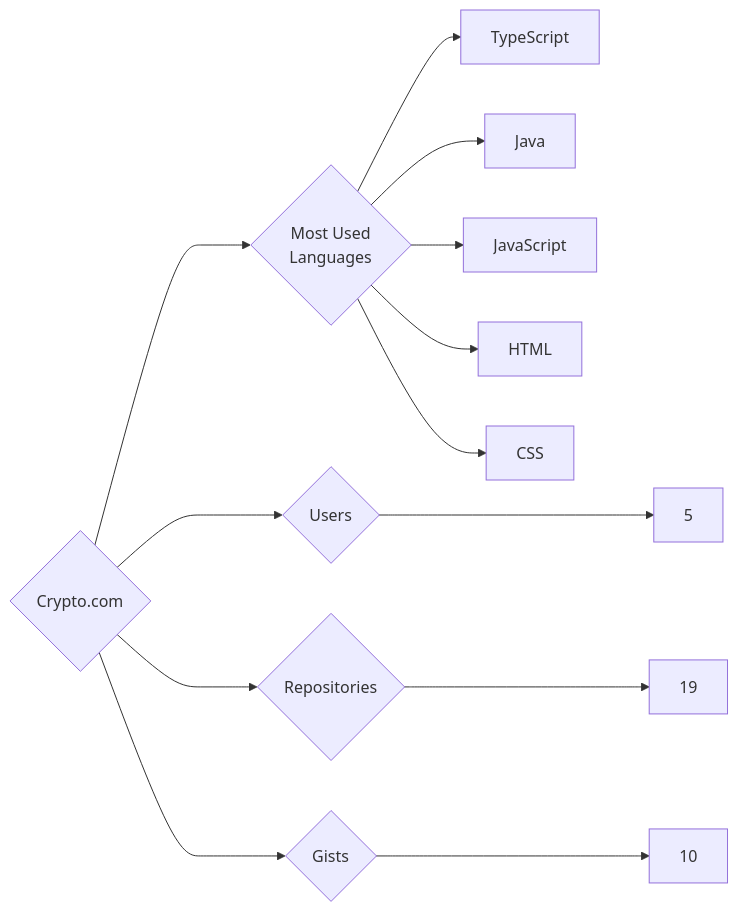
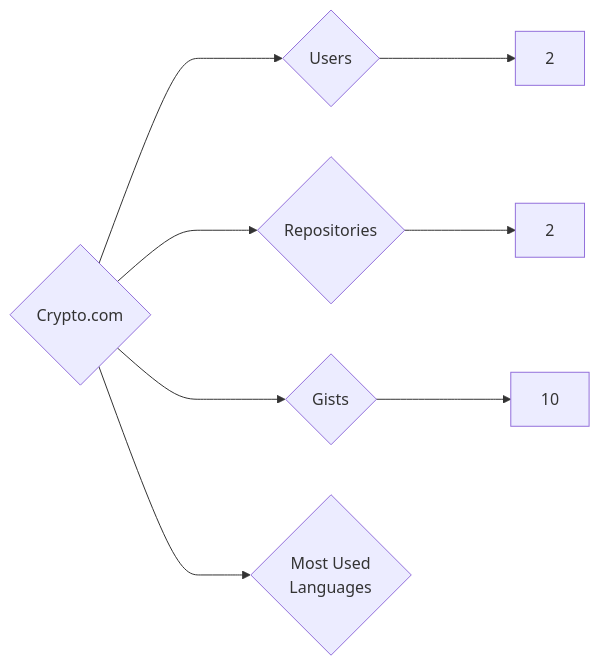
One commit to trickest/insiders changed the diagram in targets/Crypto.com/README.md. Above: the diagram before and after it, drawn with Mermaid. The commit also changed 1030 other files, not shown here.

````diff
--- a/targets/Crypto.com/README.md
+++ b/targets/Crypto.com/README.md
@@ -3,13 +3,8 @@
 ```mermaid
 graph LR
 COMPANY_NAME{Crypto.com}
-COMPANY_NAME ---> U{Users} ---> UN[5]
-COMPANY_NAME ---> R{Repositories} ---> RN[19]
+COMPANY_NAME ---> U{Users} ---> UN[2]
+COMPANY_NAME ---> R{Repositories} ---> RN[2]
 COMPANY_NAME ---> G{Gists} ---> GN[10]
 COMPANY_NAME ---> ML{Most Used<br>Languages}
-ML --> TypeScript[TypeScript]
-ML --> Java[Java]
-ML --> JavaScript[JavaScript]
-ML --> HTML[HTML]
-ML --> CSS[CSS]
 ```
````
